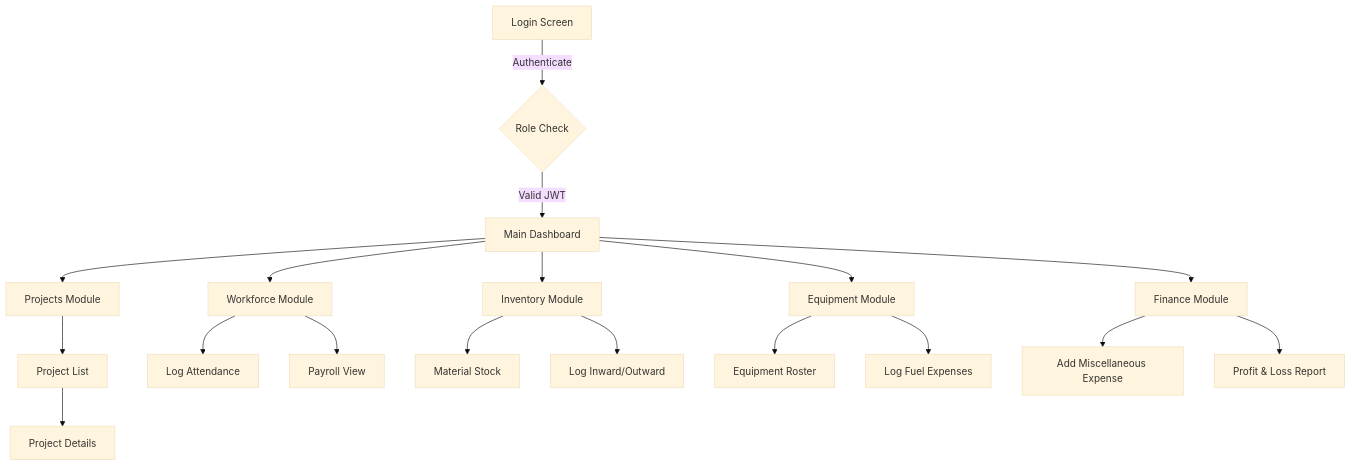
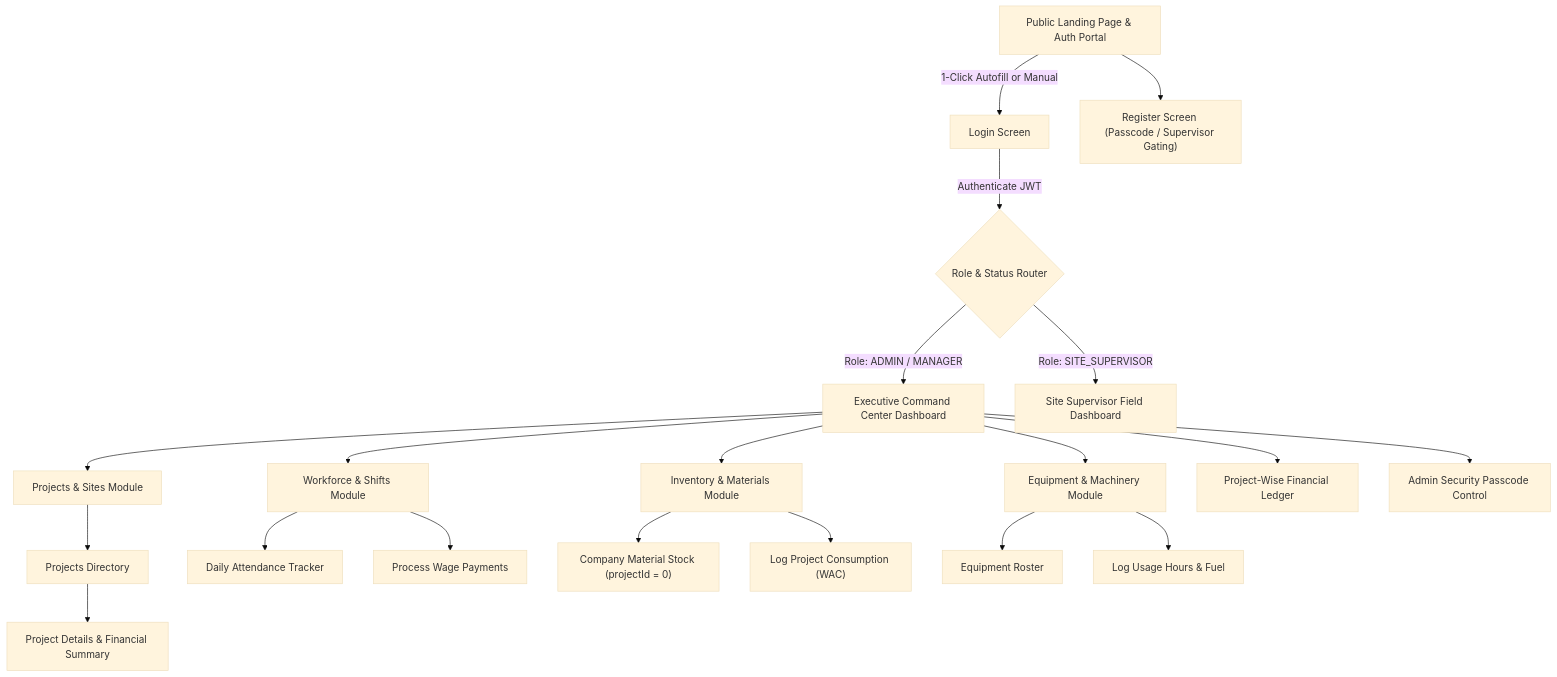
Before and after one commit to sushmitha-katika-dev/build-flow: the first of 2 diagrams in docs/06_UI_FLOW.md, drawn with Mermaid (base theme). The commit also changed other lines of this file and 8 other files, not shown here.

````diff
--- a/docs/06_UI_FLOW.md
+++ b/docs/06_UI_FLOW.md
@@ -10,26 +9,29 @@
 ```mermaid
 graph TD
-    Login["Login Screen"] -->|Authenticate| Auth{Role Check}
-    Auth -->|Valid JWT| Dashboard["Main Dashboard"]
+    Landing["Public Landing Page & Auth Portal"] -->|1-Click Autofill or Manual| Login["Login Screen"]
+    Landing --> Register["Register Screen (Passcode / Supervisor Gating)"]
     
-    Dashboard --> Projects["Projects Module"]
-    Dashboard --> Workforce["Workforce Module"]
-    Dashboard --> Inventory["Inventory Module"]
-    Dashboard --> Equipment["Equipment Module"]
-    Dashboard --> Finance["Finance Module"]
+    Login -->|Authenticate JWT| AuthRouter{Role & Status Router}
     
-    Projects --> ProjList["Project List"]
-    ProjList --> ProjDetail["Project Details"]
+    AuthRouter -->|Role: ADMIN / MANAGER| AdminDash["Executive Command Center Dashboard"]
+    AuthRouter -->|Role: SITE_SUPERVISOR| SupDash["Site Supervisor Field Dashboard"]
     
-    Workforce --> Attendance["Log Attendance"]
-    Workforce --> Payroll["Payroll View"]
+    AdminDash --> Projects["Projects & Sites Module"]
+    AdminDash --> Workforce["Workforce & Shifts Module"]
+    AdminDash --> Inventory["Inventory & Materials Module"]
+    AdminDash --> Equipment["Equipment & Machinery Module"]
+    AdminDash --> Finance["Project-Wise Financial Ledger"]
+    AdminDash --> Security["Admin Security Passcode Control"]
     
-    Inventory --> StockList["Material Stock"]
-    Inventory --> LogMaterial["Log Inward/Outward"]
+    Projects --> ProjList["Projects Directory"]
+    ProjList --> ProjDetail["Project Details & Financial Summary"]
     
-    Equipment --> EquipList["Equipment Roster"]
-    Equipment --> FuelLog["Log Fuel Expenses"]
+    Workforce --> Attendance["Daily Attendance Tracker"]
+    Workforce --> WagePayment["Process Wage Payments"]
     
-    Finance --> ExpenseLog["Add Miscellaneous Expense"]
-    Finance --> PnL["Profit & Loss Report"]
+    Inventory --> StockList["Company Material Stock (projectId = 0)"]
+    Inventory --> Consumption["Log Project Consumption (WAC)"]
+    
+    Equipment --> FleetRoster["Equipment Roster"]
+    Equipment --> UsageLogging["Log Usage Hours & Fuel"]
 ```
````
